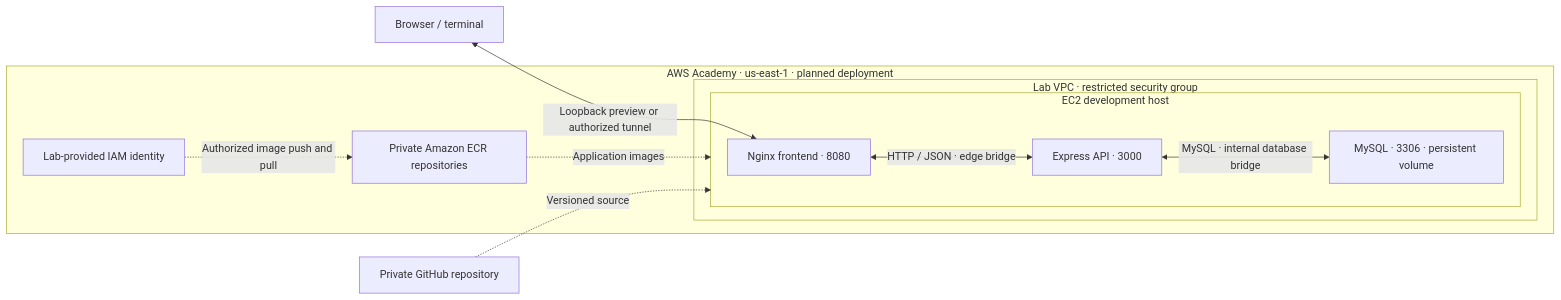
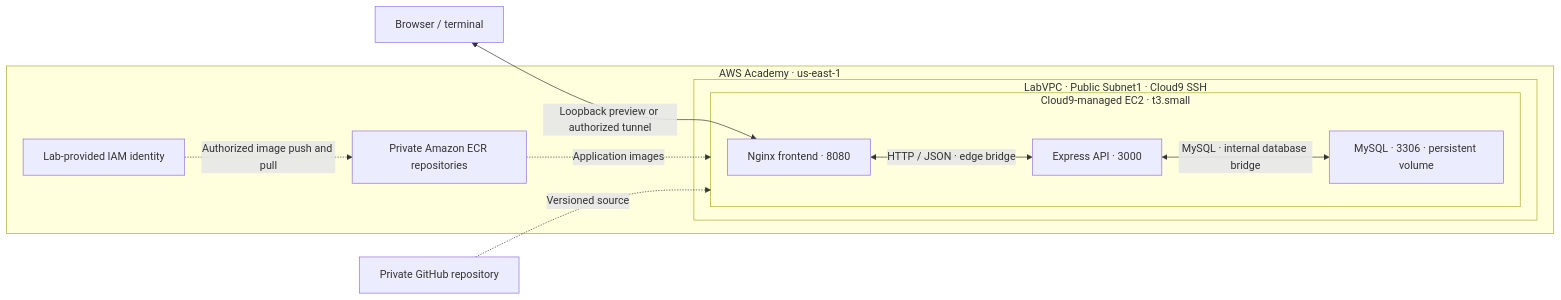
The diagram in docs/architecture.md (nastarynaz/equiptrack-aws), drawn with Mermaid before and after one commit. The commit also changed other lines of this file and 5 other files, not shown here.

Commit message:
docs: finalize verified Academy Cloud9 and ECR deployment

````diff
--- a/docs/architecture.md
+++ b/docs/architecture.md
@@ -5,21 +5,21 @@
 ```mermaid
 flowchart LR
     client["Browser / terminal"]
-    subgraph aws["AWS Academy · us-east-1 · planned deployment"]
-        subgraph vpc["Lab VPC · restricted security group"]
-            subgraph host["EC2 development host"]
+    subgraph aws["AWS Academy · us-east-1"]
+        subgraph vpc["LabVPC · Public Subnet1 · Cloud9 SSH"]
+            subgraph host["Cloud9-managed EC2 · t3.small"]
                 frontend["Nginx frontend · 8080"]
                 backend["Express API · 3000"]
                 db["MySQL · 3306 · persistent volume"]
                 frontend <-->|"HTTP / JSON · edge bridge"| backend
                 backend <-->|"MySQL · internal database bridge"| db
             end
         end
         profile["Lab-provided IAM identity"]
         registry["Private Amazon ECR repositories"]
         profile -. "Authorized image push and pull" .-> registry
         registry -. "Application images" .-> host
     end
     client <-->|"Loopback preview or authorized tunnel"| frontend
     repo["Private GitHub repository"] -. "Versioned source" .-> host
 ```
````
